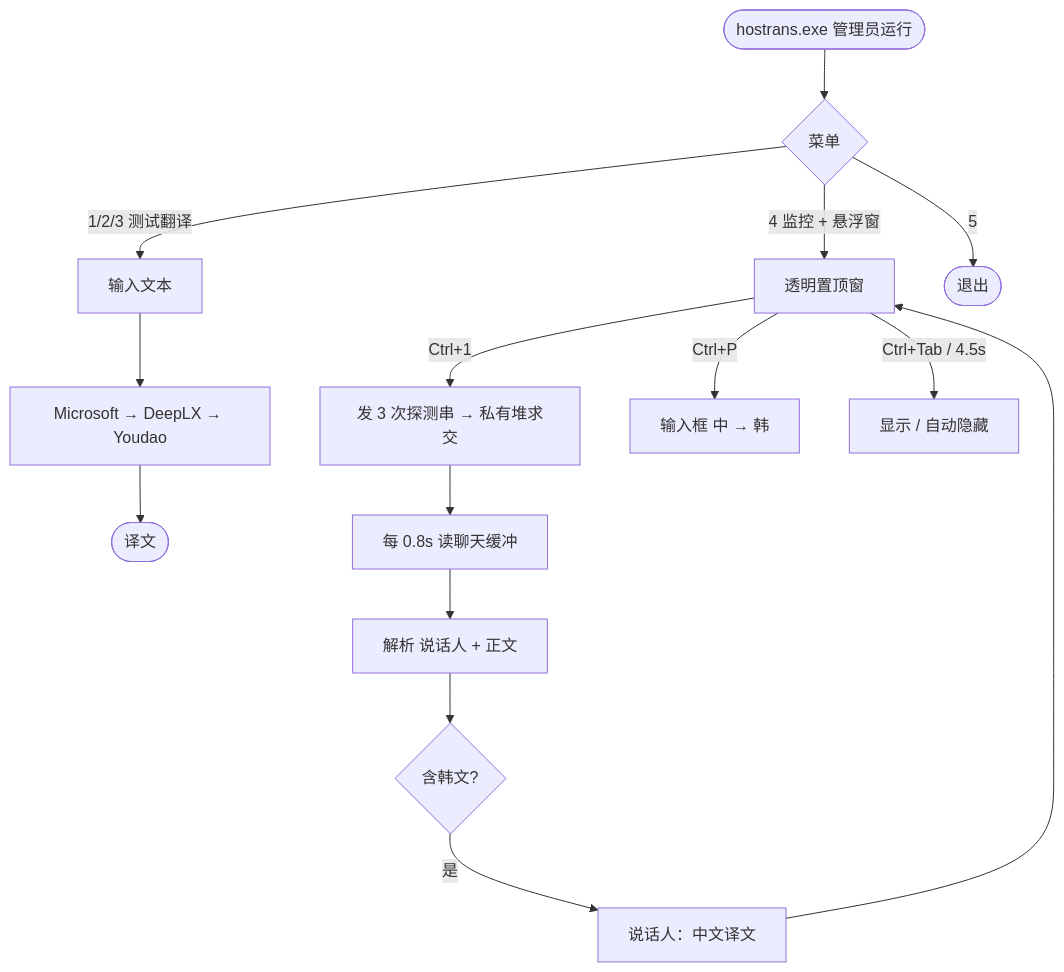
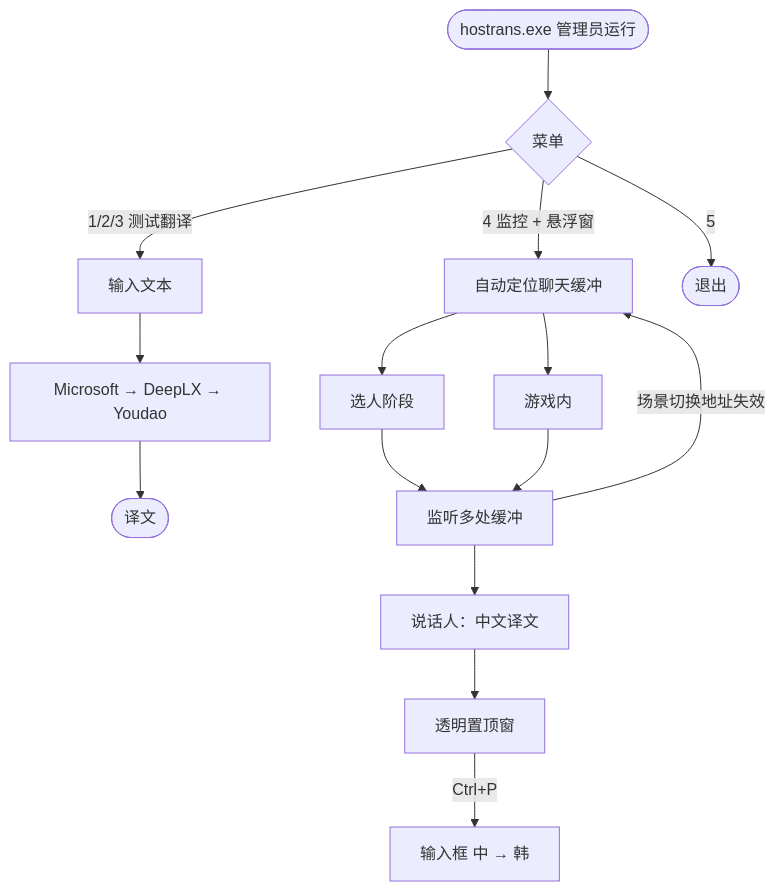
The diagram in README.md (lewoking/hostrans-go), drawn with Mermaid before and after one commit. The commit also changed other lines of this file and 7 other files, not shown here.

````diff
--- a/README.md
+++ b/README.md
@@ -5,20 +5,20 @@
 ```mermaid
 flowchart TB
     Start(["hostrans.exe 管理员运行"]) --> Menu{菜单}
 
     Menu -->|"1/2/3 测试翻译"| In[输入文本]
     In --> Eng[Microsoft → DeepLX → Youdao]
     Eng --> Out([译文])
 
-    Menu -->|"4 监控 + 悬浮窗"| OV["透明置顶窗"]
-    OV -->|"Ctrl+1"| Loc["发 3 次探测串 → 私有堆求交"]
-    Loc --> Poll["每 0.8s 读聊天缓冲"]
-    Poll --> Parse["解析 说话人 + 正文"]
-    Parse --> KO{含韩文?}
-    KO -->|是| ZH["说话人：中文译文"]
-    ZH --> OV
+    Menu -->|"4 监控 + 悬浮窗"| Auto["自动定位聊天缓冲"]
+    Auto --> Draft[选人阶段]
+    Auto --> InGame[游戏内]
+    Draft --> Poll["监听多处缓冲"]
+    InGame --> Poll
+    Poll -->|场景切换地址失效| Auto
+    Poll --> Parse["说话人：中文译文"]
+    Parse --> OV[透明置顶窗]
     OV -->|"Ctrl+P"| Paste["输入框 中 → 韩"]
-    OV -->|"Ctrl+Tab / 4.5s"| Hide[显示 / 自动隐藏]
 
     Menu -->|5| End([退出])
 ```
````
